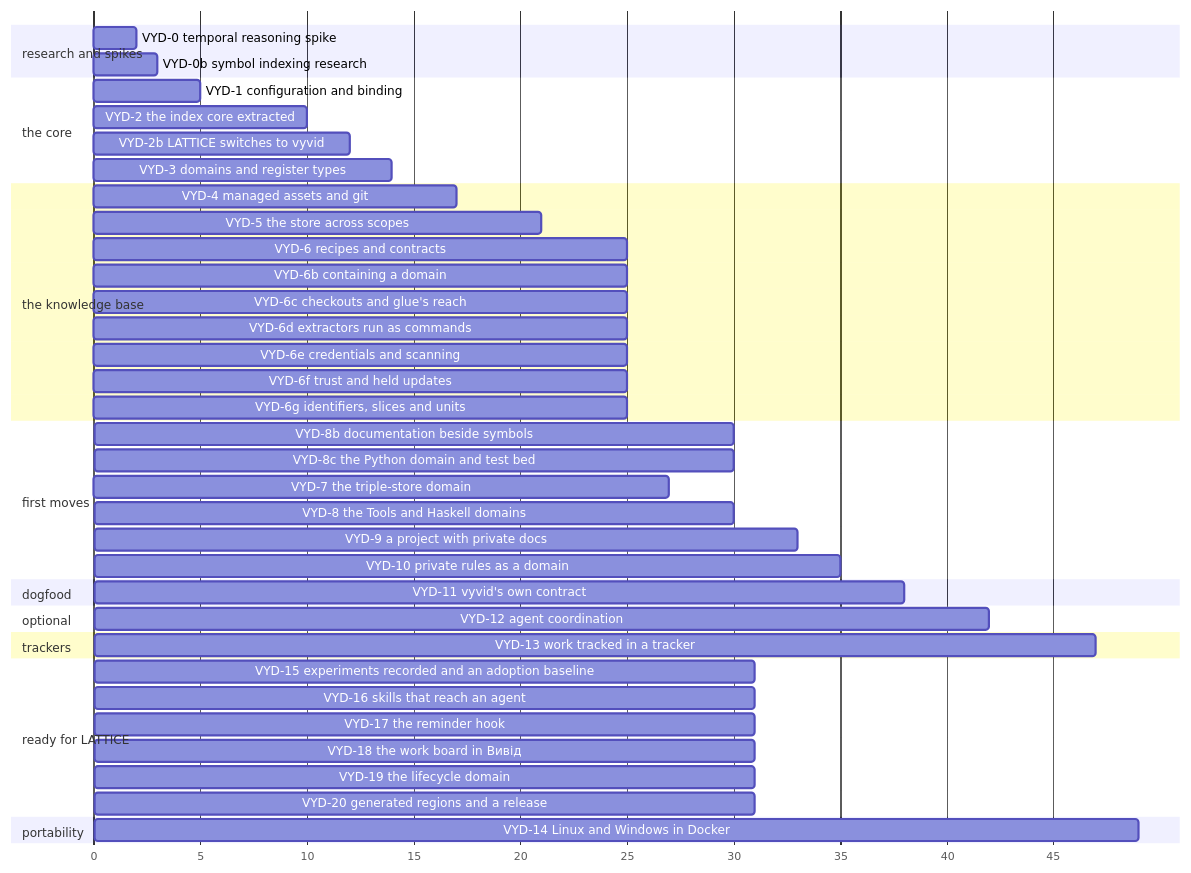
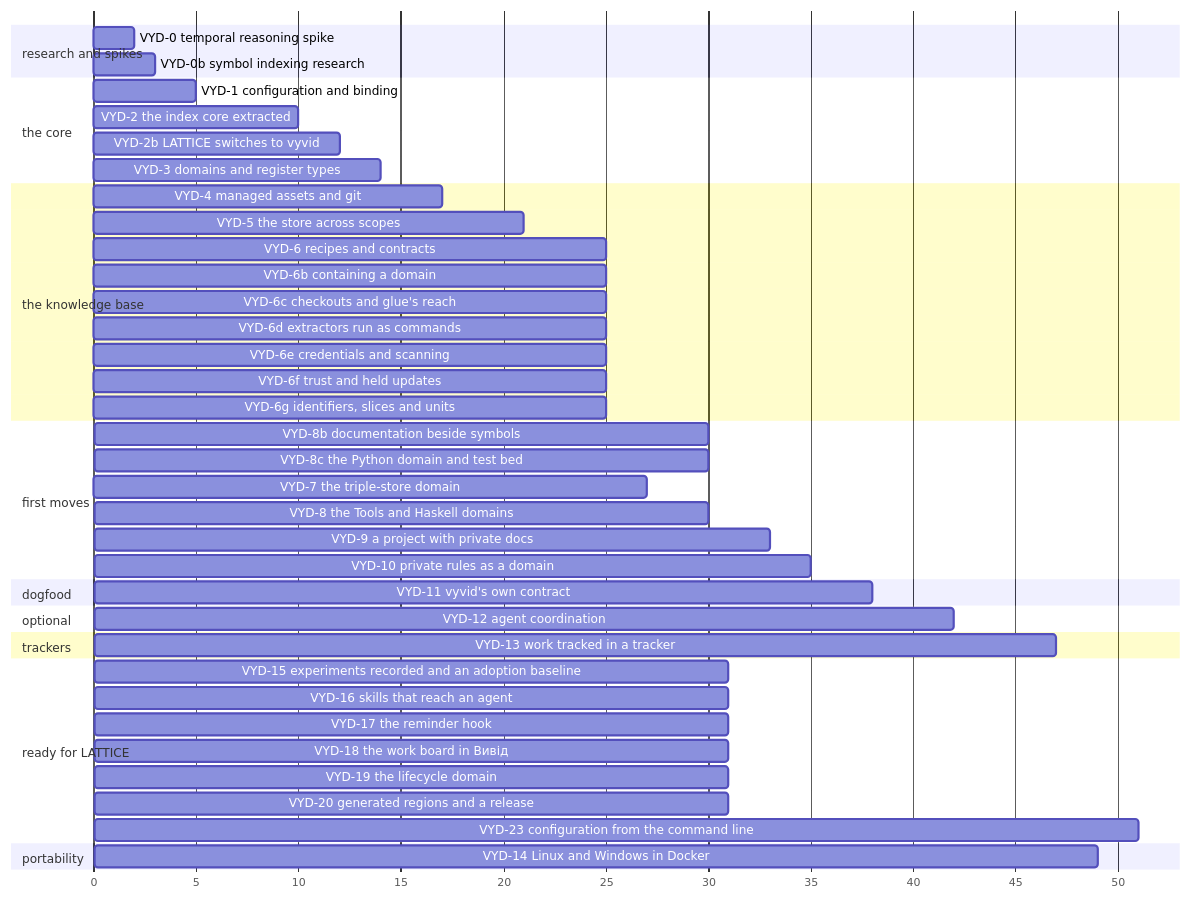
One commit to nebularis/vyvid changed the diagram in docs/developer/plans/vyvid-framework.md. Above: the diagram before and after it, drawn with Mermaid. The commit also changed other lines of this file and 3 other files, not shown here.

Commit message:
Plan VYD-23: setting up configuration from the command line, marked building

````diff
--- a/docs/developer/plans/vyvid-framework.md
+++ b/docs/developer/plans/vyvid-framework.md
@@ -17,45 +17,46 @@
 ```mermaid
 gantt
   dateFormat X
   axisFormat %s
   section research and spikes
   VYD-0 temporal reasoning spike      :s0, 0, 2
   VYD-0b symbol indexing research     :s0b, 0, 3
   section the core
   VYD-1 configuration and binding     :s1, 2, 5
   VYD-2 the index core extracted      :s2, 5, 10
   VYD-2b LATTICE switches to vyvid    :s2b, 10, 12
   VYD-3 domains and register types    :s3, 10, 14
   section the knowledge base
   VYD-4 managed assets and git        :s4, 14, 17
   VYD-5 the store across scopes       :s5, 17, 21
   VYD-6 recipes and contracts         :s6, 21, 25
   VYD-6b containing a domain          :s6b, 25, 25
   VYD-6c checkouts and glue's reach   :s6c, 25, 25
   VYD-6d extractors run as commands   :s6d, 25, 25
   VYD-6e credentials and scanning     :s6e, 25, 25
   VYD-6f trust and held updates       :s6f, 25, 25
   VYD-6g identifiers, slices and units :s6g, 25, 25
   section first moves
   VYD-8b documentation beside symbols :s8b, 30, 30
   VYD-8c the Python domain and test bed :s8c, 30, 30
   VYD-7 the triple-store domain       :s7, 25, 27
   VYD-8 the Tools and Haskell domains :s8, 27, 30
   VYD-9 a project with private docs   :s9, 30, 33
   VYD-10 private rules as a domain   :s10, 33, 35
   section dogfood
   VYD-11 vyvid's own contract         :s11, 35, 38
   section optional
   VYD-12 agent coordination           :s12, 38, 42
   section trackers
   VYD-13 work tracked in a tracker    :s13, 42, 47
   section ready for LATTICE
   VYD-15 experiments recorded and an adoption baseline :s15, 30, 31
   VYD-16 skills that reach an agent :s16, 30, 31
   VYD-17 the reminder hook :s17, 30, 31
   VYD-18 the work board in Вивід :s18, 30, 31
   VYD-19 the lifecycle domain :s19, 30, 31
   VYD-20 generated regions and a release :s20, 30, 31
+  VYD-23 configuration from the command line :s23, 49, 51
   section portability
   VYD-14 Linux and Windows in Docker  :s14, 47, 49
 ```
````
